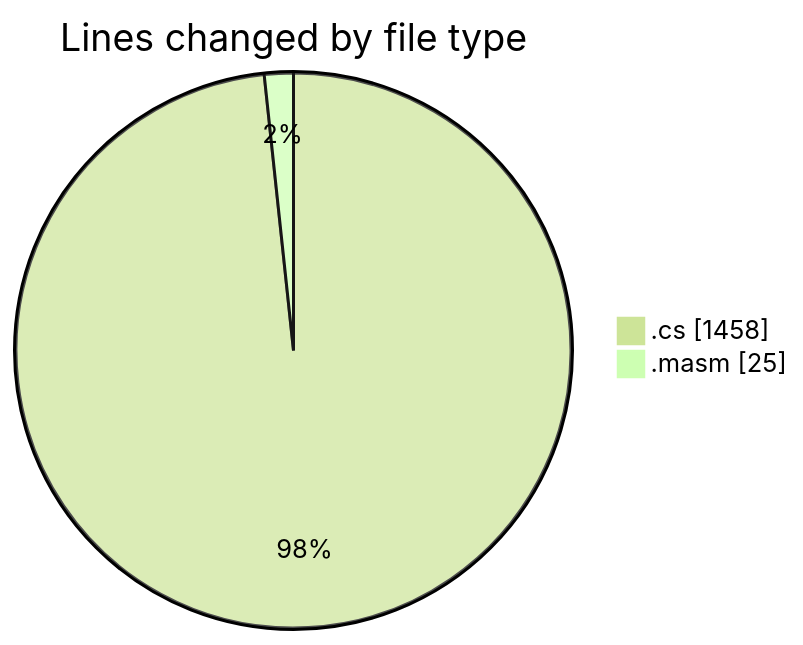
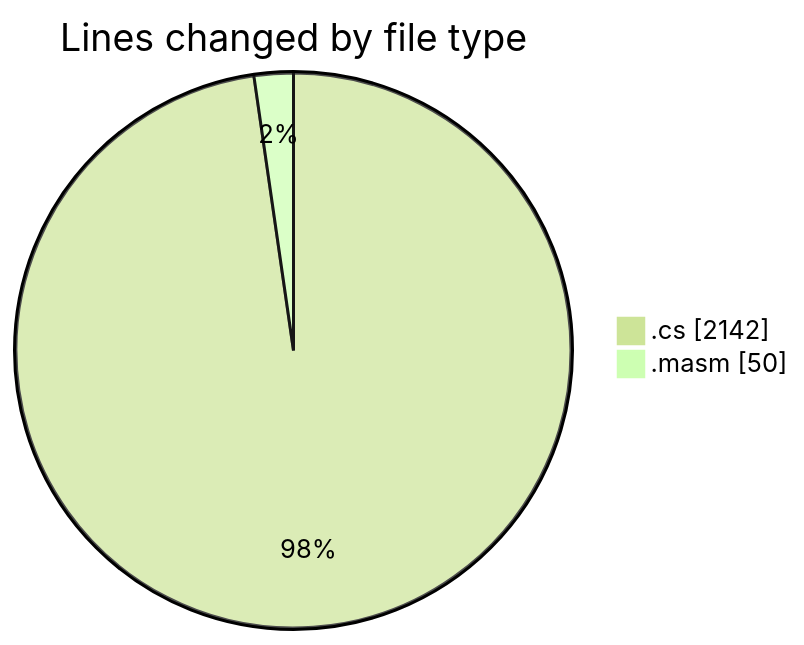
One commit to charlie-sans/code-tracking changed the first of 2 diagrams in 2025-03-17/sharpmasm/README.md. Above: the diagram before and after it, drawn with Mermaid (forest theme). The commit also changed other lines of this file and 1 other file, not shown here.

````diff
--- a/2025-03-17/sharpmasm/README.md
+++ b/2025-03-17/sharpmasm/README.md
@@ -24,6 +24,6 @@
 ```mermaid
 pie showData
 title Lines changed by file type
-".cs" : 1458
-".masm" : 25
+".cs" : 2142
+".masm" : 50
 ```
````
